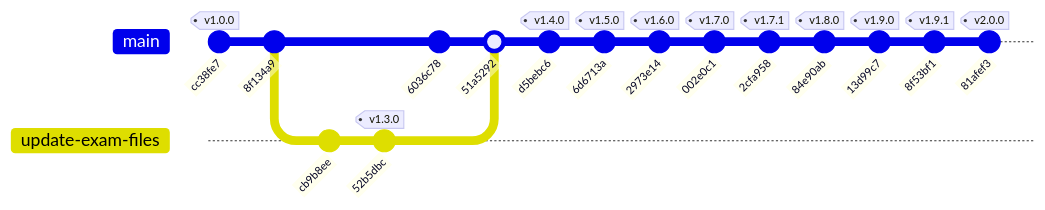
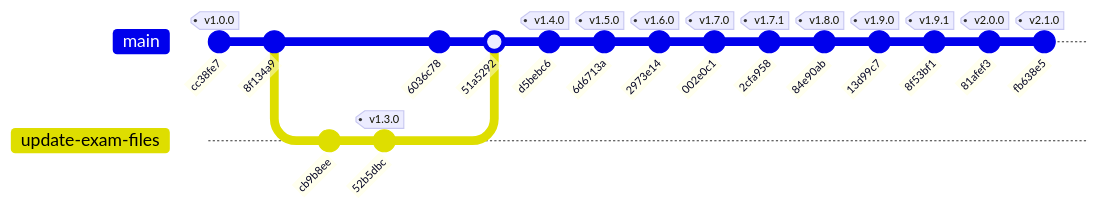
One commit to renart00001-ux/exam-web changed the diagram in README.md. Above: the diagram before and after it, drawn with Mermaid. The commit also changed other lines of this file and 76 other files, not shown here.

````diff
--- a/README.md
+++ b/README.md
@@ -46,21 +47,22 @@
 ```mermaid
 gitGraph
     commit id: "cc38fe7" tag: "v1.0.0"
     commit id: "8f134a9"
     branch update-exam-files
     checkout update-exam-files
     commit id: "cb9b8ee"
     commit id: "52b5dbc" tag: "v1.3.0"
     checkout main
     commit id: "6036c78"
     merge update-exam-files id: "51a5292"
     commit id: "d5bebc6" tag: "v1.4.0"
     commit id: "6d6713a" tag: "v1.5.0"
     commit id: "2973e14" tag: "v1.6.0"
     commit id: "002e0c1" tag: "v1.7.0"
     commit id: "2cfa958" tag: "v1.7.1"
     commit id: "84e90ab" tag: "v1.8.0"
     commit id: "13d99c7" tag: "v1.9.0"
     commit id: "8f53bf1" tag: "v1.9.1"
     commit id: "81afef3" tag: "v2.0.0"
+    commit id: "fb638e5" tag: "v2.1.0"
 ```
````
